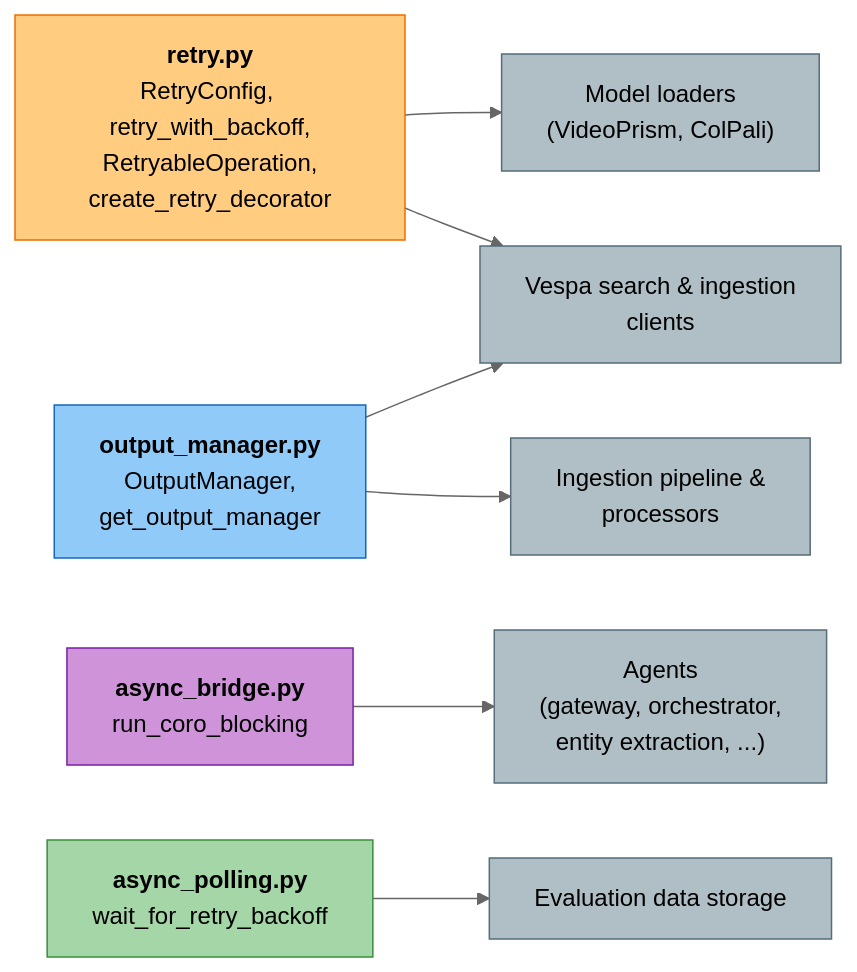
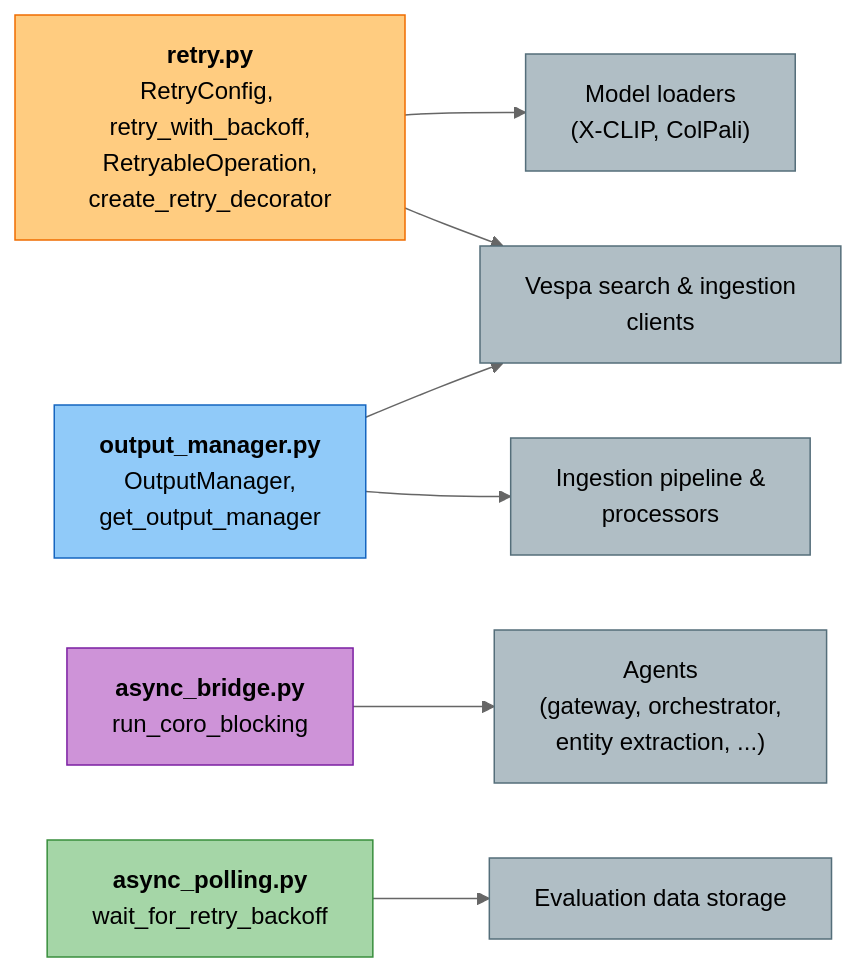
One commit to amit-jain/cogniverse changed the second of 2 diagrams in docs/modules/utils.md. Above: the diagram before and after it, drawn with Mermaid (neutral theme). The commit also changed other lines of this file and 168 other files, not shown here.

First line of the commit message:
Remove VideoPrism; X-CLIP is the video embedder

````diff
--- a/docs/modules/utils.md
+++ b/docs/modules/utils.md
@@ -83,30 +83,30 @@
 ```mermaid
 flowchart LR
     RETRY["<span style='color:#000'><b>retry.py</b><br/>RetryConfig, retry_with_backoff,<br/>RetryableOperation,<br/>create_retry_decorator</span>"]
     OUT["<span style='color:#000'><b>output_manager.py</b><br/>OutputManager,<br/>get_output_manager</span>"]
     BRIDGE["<span style='color:#000'><b>async_bridge.py</b><br/>run_coro_blocking</span>"]
     POLL["<span style='color:#000'><b>async_polling.py</b><br/>wait_for_retry_backoff</span>"]
 
-    MODELS["<span style='color:#000'>Model loaders<br/>(VideoPrism, ColPali)</span>"]
+    MODELS["<span style='color:#000'>Model loaders<br/>(X-CLIP, ColPali)</span>"]
     VESPA["<span style='color:#000'>Vespa search &amp; ingestion<br/>clients</span>"]
     INGEST["<span style='color:#000'>Ingestion pipeline &amp;<br/>processors</span>"]
     AGENTS["<span style='color:#000'>Agents<br/>(gateway, orchestrator,<br/>entity extraction, ...)</span>"]
     EVAL["<span style='color:#000'>Evaluation data storage</span>"]
 
     RETRY --> MODELS
     RETRY --> VESPA
     OUT --> INGEST
     OUT --> VESPA
     BRIDGE --> AGENTS
     POLL --> EVAL
 
     style RETRY fill:#ffcc80,stroke:#ef6c00,color:#000
     style OUT fill:#90caf9,stroke:#1565c0,color:#000
     style BRIDGE fill:#ce93d8,stroke:#7b1fa2,color:#000
     style POLL fill:#a5d6a7,stroke:#388e3c,color:#000
     style MODELS fill:#b0bec5,stroke:#546e7a,color:#000
     style VESPA fill:#b0bec5,stroke:#546e7a,color:#000
     style INGEST fill:#b0bec5,stroke:#546e7a,color:#000
     style AGENTS fill:#b0bec5,stroke:#546e7a,color:#000
     style EVAL fill:#b0bec5,stroke:#546e7a,color:#000
 ```
````
